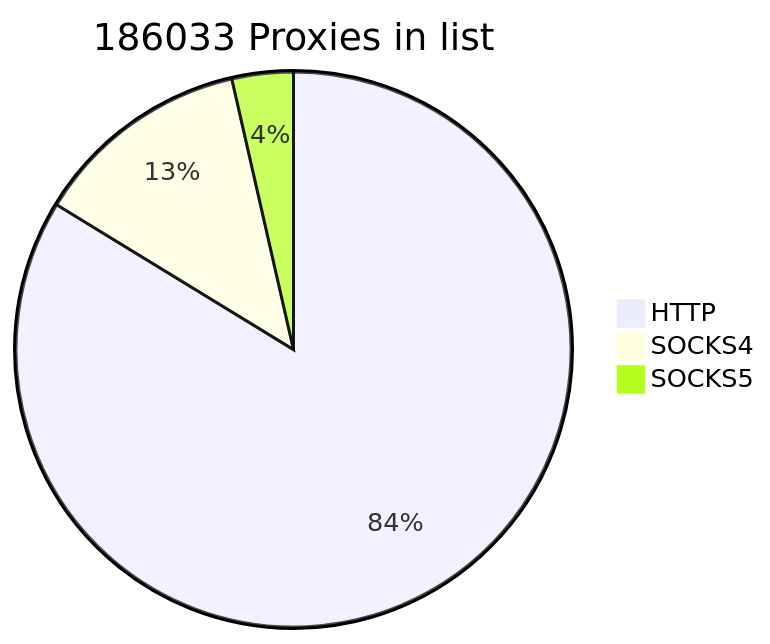
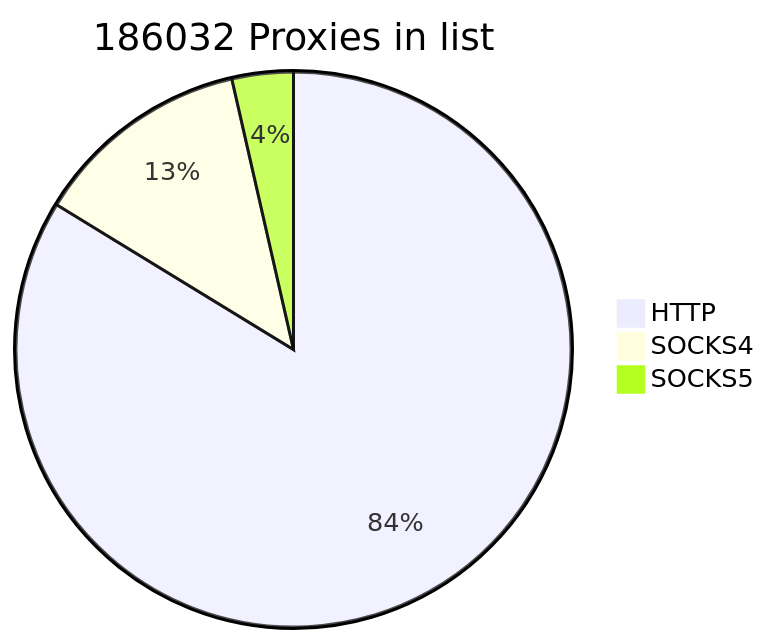
The first of 2 diagrams in README.md (cutipu/proxylist), drawn with Mermaid before and after one commit. The commit also changed other lines of this file, not shown here.

````diff
--- a/README.md
+++ b/README.md
@@ -2,7 +2,7 @@
 ```mermaid
-pie title 186033 Proxies in list
-    "HTTP" : 155775
+pie title 186032 Proxies in list
+    "HTTP" : 155774
     "SOCKS4" : 23621
     "SOCKS5" : 6637
             
 ```
````
